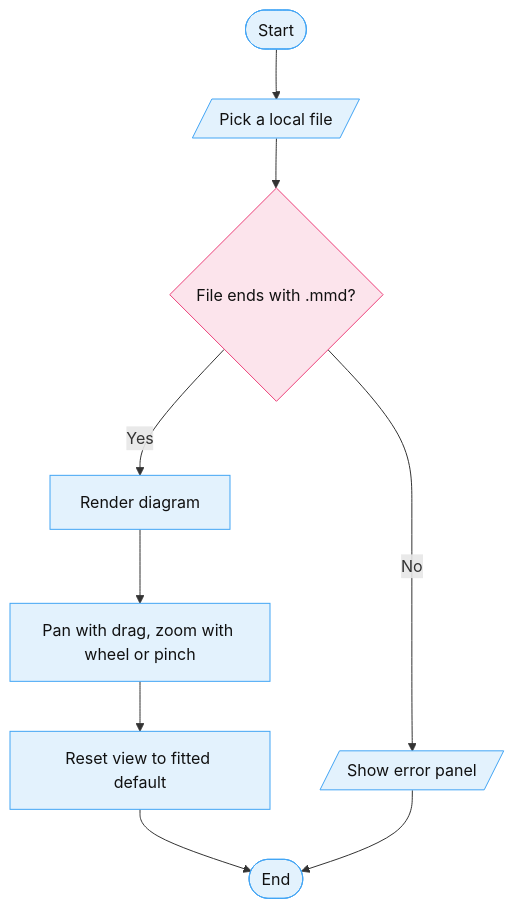
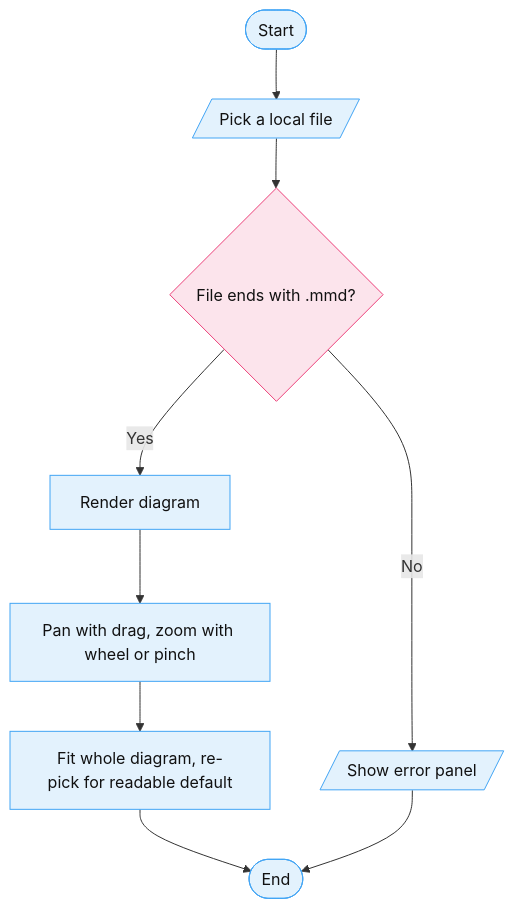
Before and after one commit to SANIUL-blackdragon/VECTOR: the diagram in README.md, drawn with Mermaid. The commit also changed other lines of this file and 2 other files, not shown here.

First line of the commit message:
fix(viewer): text-measured default, base-anchored zoom, pan clamp

````diff
--- a/README.md
+++ b/README.md
@@ -24,22 +24,22 @@
 ```mermaid
 flowchart TD
   S([Start])
   A[/Pick a local file/]
   D{File ends with .mmd?}
   R[Render diagram]
   N[/Show error panel/]
   P[Pan with drag, zoom with wheel or pinch]
-  V[Reset view to fitted default]
+  V[Fit whole diagram, re-pick for readable default]
   E([End])
   S --> A
   A --> D
   D -->|Yes| R
   D -->|No| N
   R --> P
   P --> V
   V --> E
   N --> E
   classDef soft fill:#E3F2FD,stroke:#42A5F5,color:#111111
   class S,A,R,N,P,V,E soft
   style D fill:#FCE4EC,stroke:#EC407A,color:#111111
 ```
````
